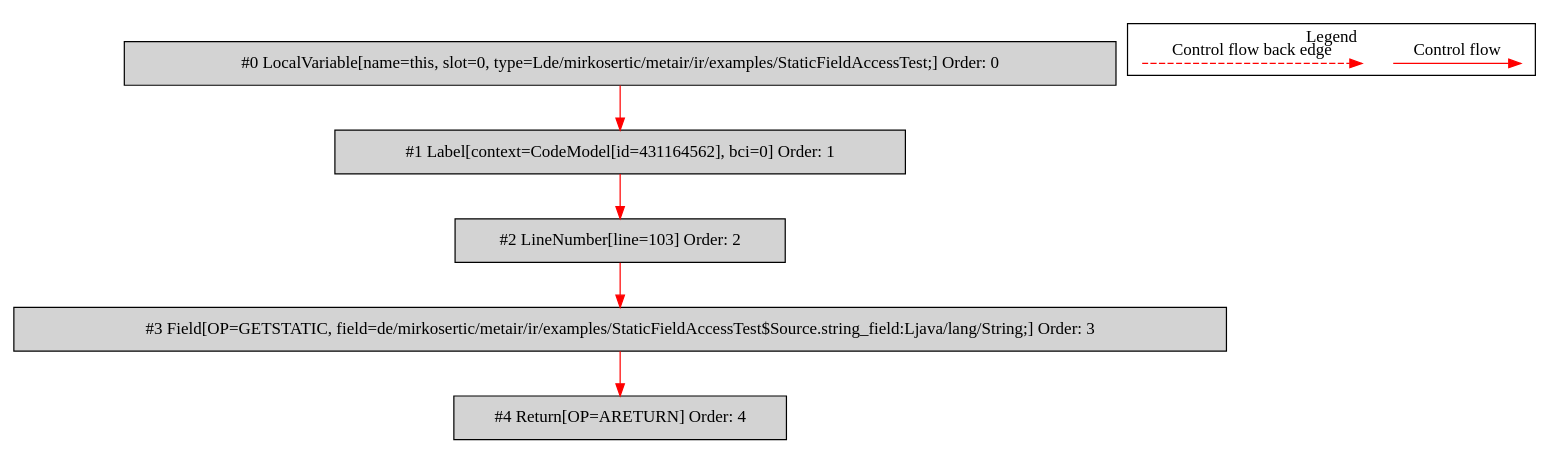
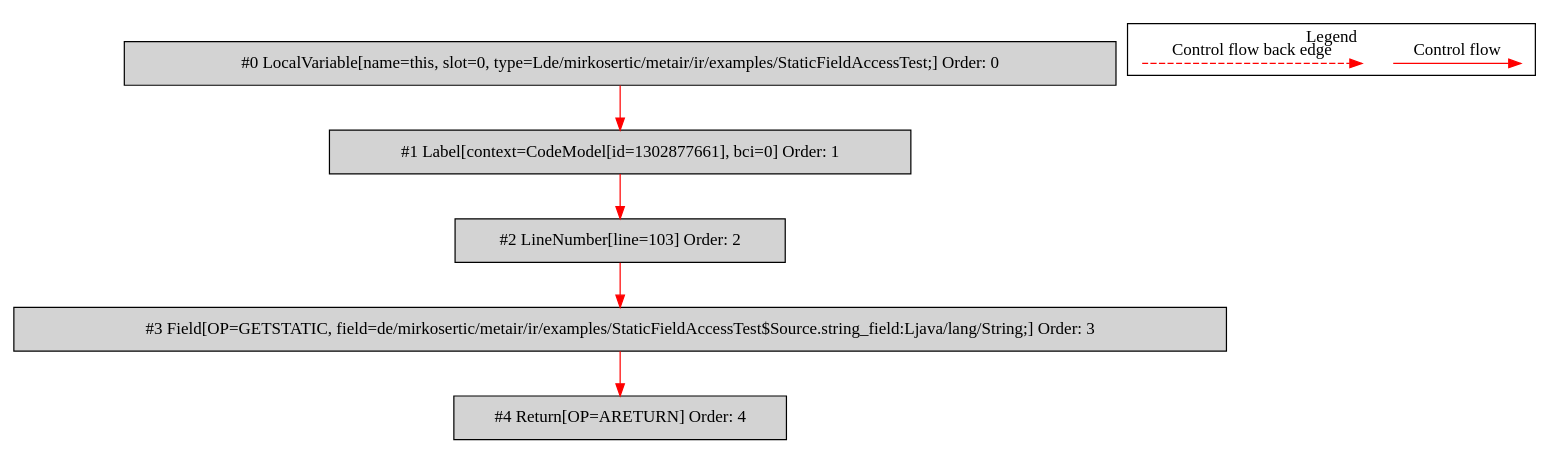
Before and after one commit to mirkosertic/MetaIR: the diagram in de.mirkosertic.metair.ir.examples.StaticFieldAccessTest/return_string/bytecodecfg.dot, drawn with Graphviz. The commit also changed 688 other files, not shown here.

```diff
--- a/de.mirkosertic.metair.ir.examples.StaticFieldAccessTest/return_string/bytecodecfg.dot
+++ b/de.mirkosertic.metair.ir.examples.StaticFieldAccessTest/return_string/bytecodecfg.dot
@@ -1,25 +1,25 @@
 digraph {
  node0[label="#0 LocalVariable[name=this, slot=0, type=Lde/mirkosertic/metair/ir/examples/StaticFieldAccessTest;] Order: 0", shape=box, fillcolor=lightgrey, style=filled];
- node1[label="#1 Label[context=CodeModel[id=431164562], bci=0] Order: 1", shape=box, fillcolor=lightgrey, style=filled];
+ node1[label="#1 Label[context=CodeModel[id=1302877661], bci=0] Order: 1", shape=box, fillcolor=lightgrey, style=filled];
  node2[label="#2 LineNumber[line=103] Order: 2", shape=box, fillcolor=lightgrey, style=filled];
  node3[label="#3 Field[OP=GETSTATIC, field=de/mirkosertic/metair/ir/examples/StaticFieldAccessTest$Source.string_field:Ljava/lang/String;] Order: 3", shape=box, fillcolor=lightgrey, style=filled];
  node4[label="#4 Return[OP=ARETURN] Order: 4", shape=box, fillcolor=lightgrey, style=filled];
  node0 -> node1[color=red];
  node1 -> node2[color=red];
  node2 -> node3[color=red];
  node3 -> node4[color=red];
  subgraph cluster_000 {
   label = "Legend";
   node [shape=point]
   {
    rank=same;
    c0 [style = invis];
    c1 [style = invis];
    c2 [style = invis];
    c3 [style = invis];
   }
   c0 -> c1 [label="Control flow", style=solid, color=red]
   c2 -> c3 [label="Control flow back edge", style=dashed, color=red]
  }
 
 }
```
